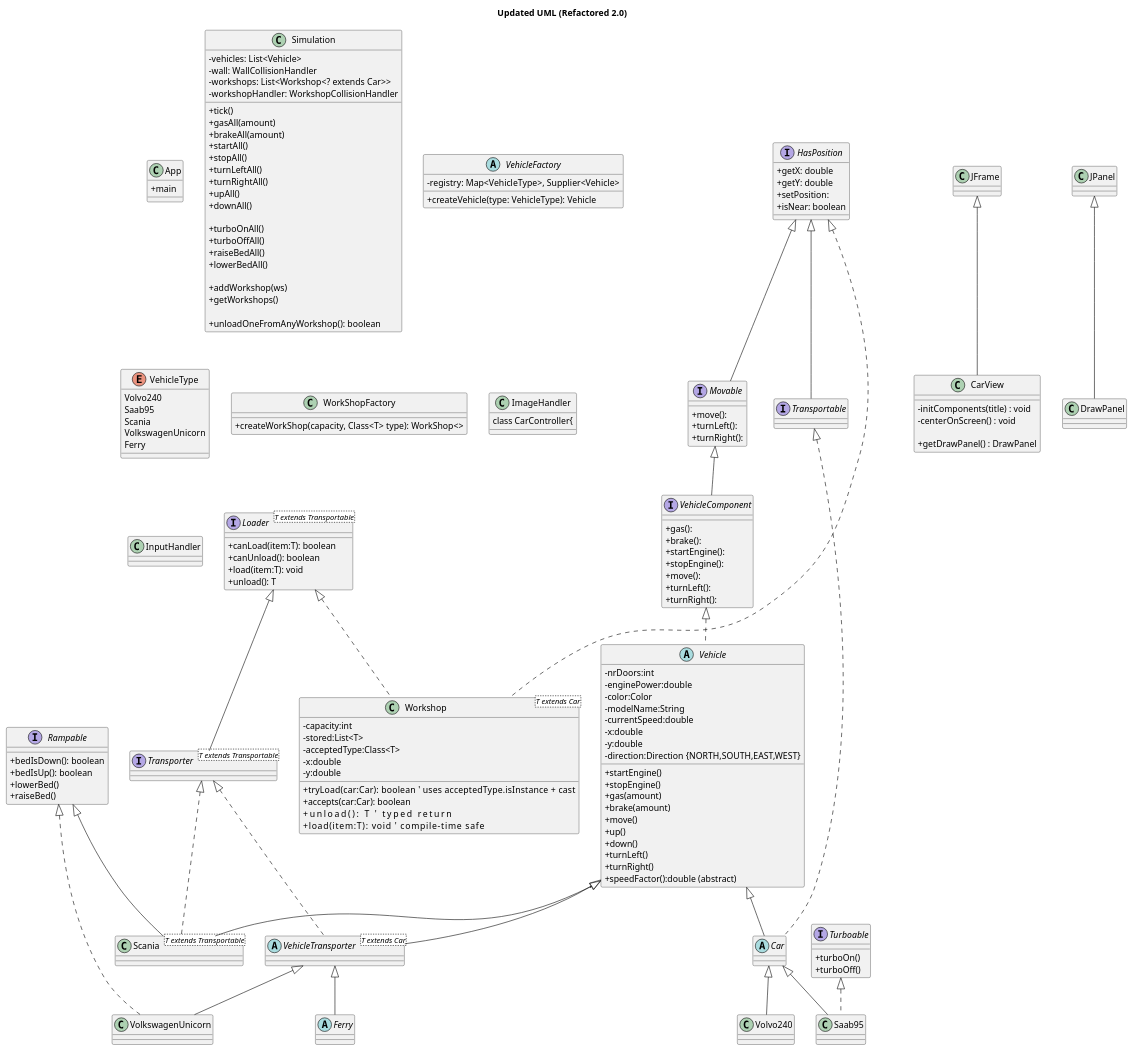
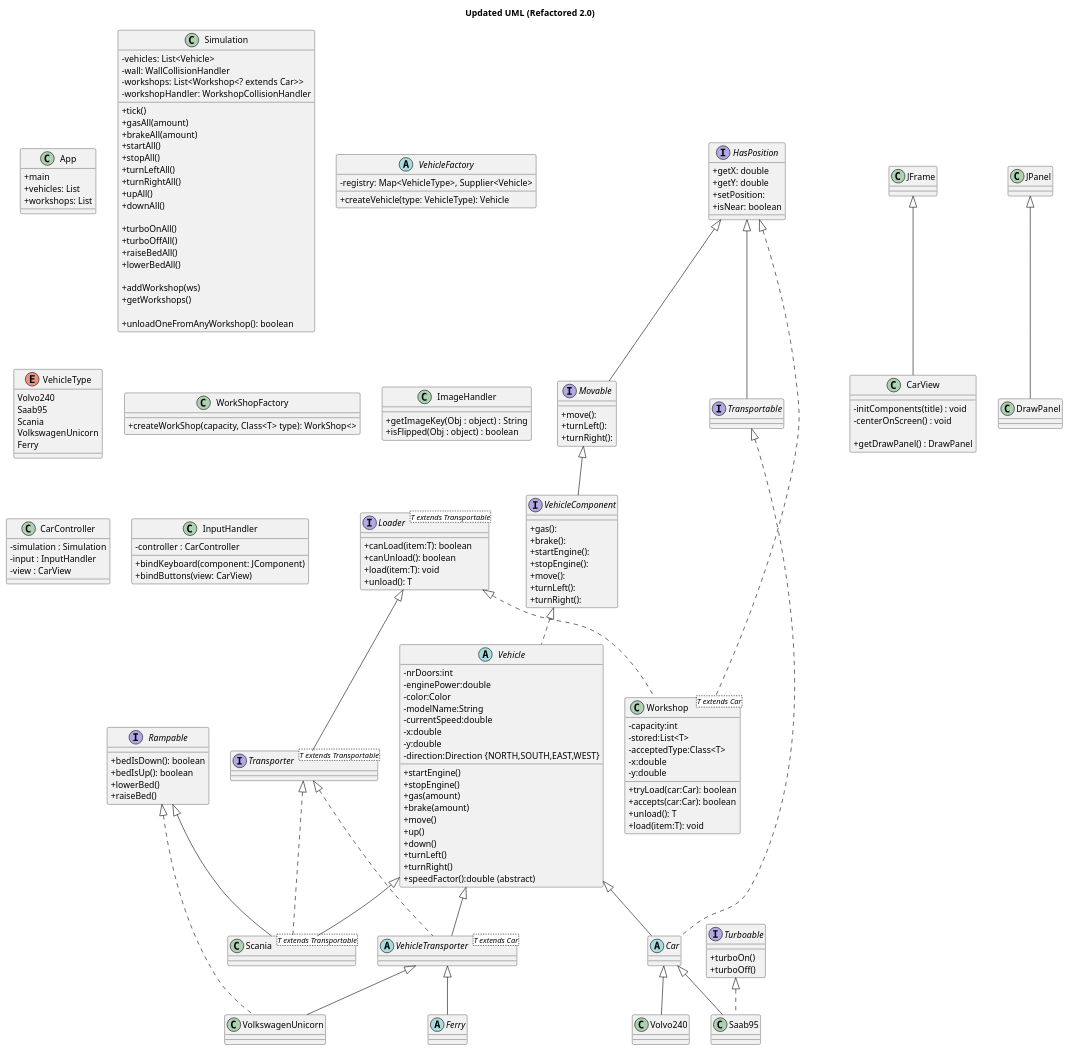
Before and after one commit to wat3rbottl/lab1: the diagram in src/Updated.puml, drawn with PlantUML. The commit also changed 5 other files, not shown here.

```diff
--- a/src/Updated.puml
+++ b/src/Updated.puml
@@ -28,7 +28,8 @@
     +turnRight():
     }
 
-interface Transportable extends HasPosition{}
+interface Transportable extends HasPosition{
+}
 
 interface Loader<T extends Transportable> {
   +canLoad(item:T): boolean
@@ -57,7 +58,12 @@
 ' =========================
 class App{
     +main
+    +vehicles: List
+    +workshops: List
 }
+'Creates new simulation, view, controller
+'Should only know about factories and vehiclecomponent!!!
+
 
 abstract class Vehicle implements VehicleComponent {
   -nrDoors:int
@@ -104,10 +110,10 @@
   -acceptedType:Class<T>
   -x:double
   -y:double
-  +tryLoad(car:Car): boolean      ' uses acceptedType.isInstance + cast
+  +tryLoad(car:Car): boolean
   +accepts(car:Car): boolean
-  +unload(): T                    ' typed return
-  +load(item:T): void             ' compile-time safe
+  +unload(): T
+  +load(item:T): void
 }
 
 class Simulation {
@@ -140,6 +146,8 @@
     -registry: Map<VehicleType>, Supplier<Vehicle>
     + createVehicle(type: VehicleType): Vehicle
 }
+' Creates vehicle
+
 
 enum VehicleType{
     Volvo240
@@ -172,16 +180,44 @@
 
 
 class ImageHandler{
+  + getImageKey(Obj : object) : String
+  + isFlipped(Obj : object) : boolean
+  }
 
 
 ' =========================
 ' CONTROLLER
 ' =========================
 class CarController{
+  - simulation : Simulation
+  - input : InputHandler
+  - view : CarView
 
 }
 
-class InputHandler{}
+class InputHandler{
+  - controller : CarController
+  + bindKeyboard(component: JComponent)
+  + bindButtons(view: CarView)
+}
+
+'===========================================
+' BEROENDEN
+'===========================================
+
+'===========================================
+'ASSOCIATIONER
+'===========================================
+
+'===========================================
+'ASSOCIATIONER
+'===========================================
+
+'===========================================
+'ASSOCIATIONER
+'===========================================
+
+
 
 Rampable <|-- Scania
 
```
